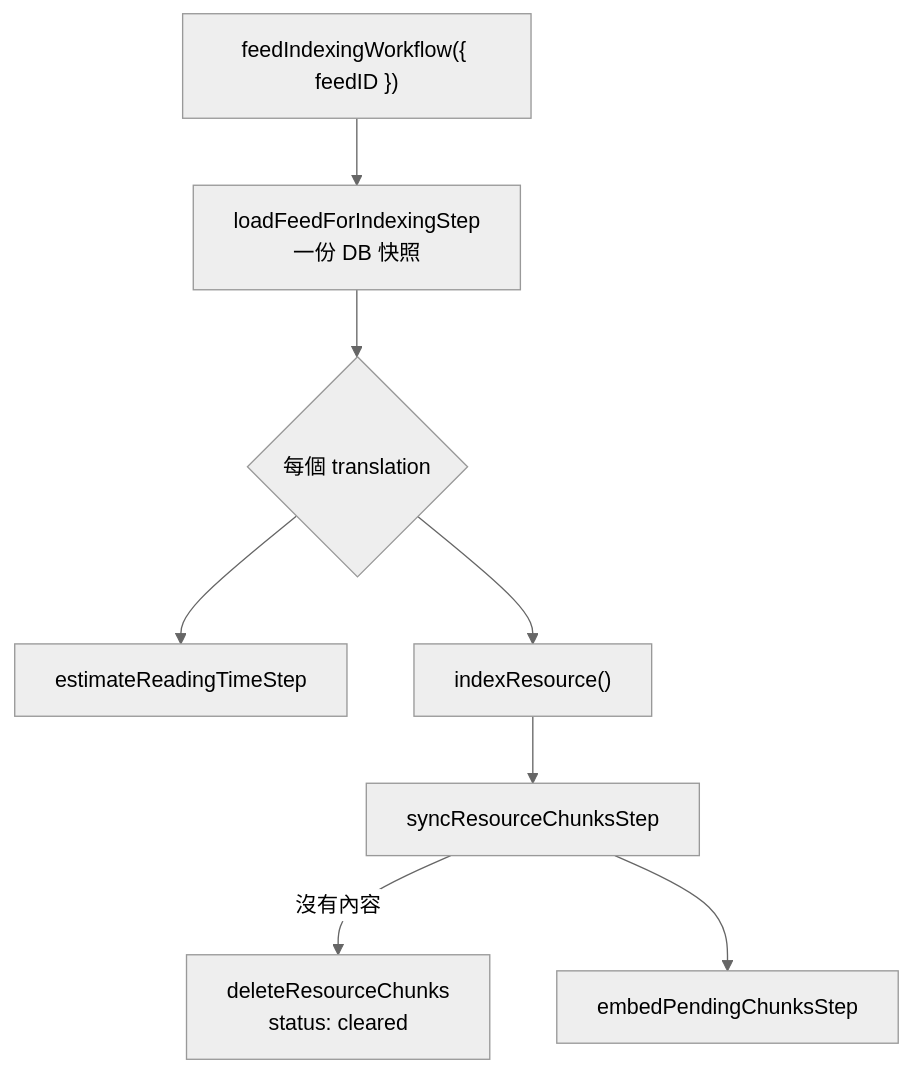
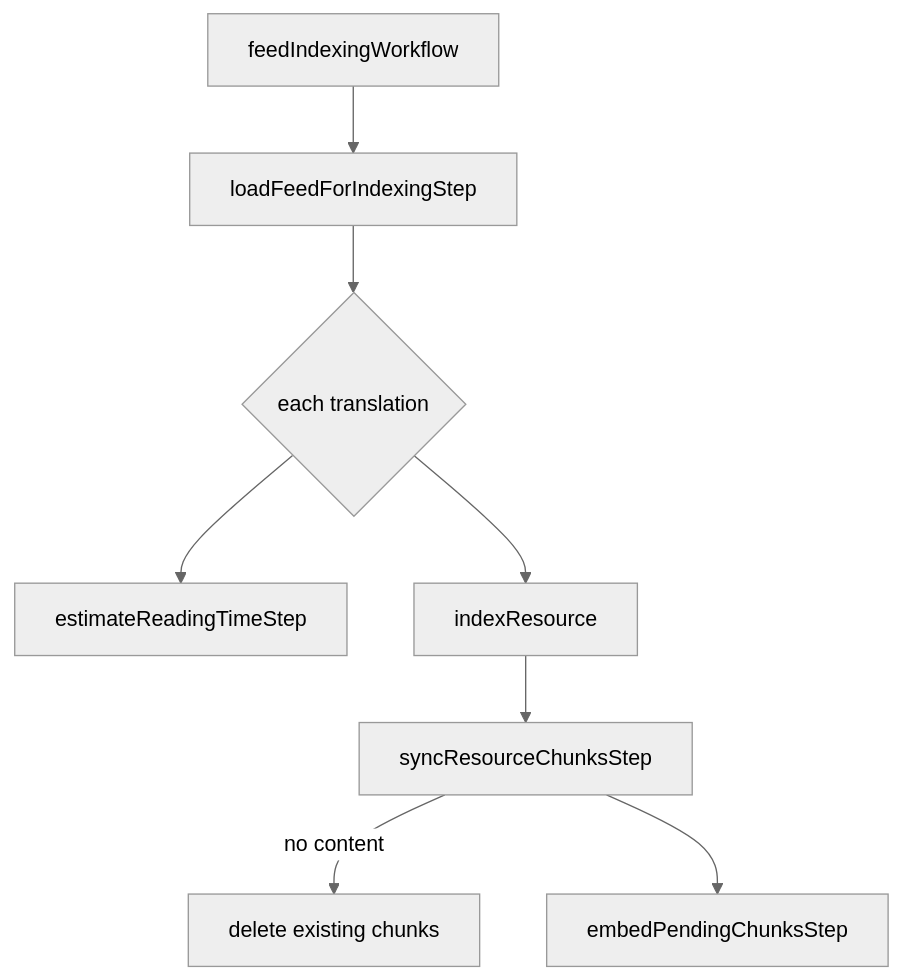
The second of 2 diagrams in docs/rag-architecture.md (Chia1104/chia1104.dev), drawn with Mermaid (neutral theme) before and after one commit. The commit also changed other lines of this file and 4 other files, not shown here.

````diff
--- a/docs/rag-architecture.md
+++ b/docs/rag-architecture.md
@@ -139,10 +113,10 @@
 ```mermaid
 flowchart TD
-    A["feedIndexingWorkflow({ feedID })"] --> B[loadFeedForIndexingStep<br/>一份 DB 快照]
-    B --> C{每個 translation}
+    A[feedIndexingWorkflow] --> B[loadFeedForIndexingStep]
+    B --> C{each translation}
     C --> D[estimateReadingTimeStep]
-    C --> E["indexResource()"]
+    C --> E[indexResource]
     E --> F[syncResourceChunksStep]
-    F -->|沒有內容| G[deleteResourceChunks<br/>status: cleared]
+    F -->|no content| G[delete existing chunks]
     F --> H[embedPendingChunksStep]
 ```
````
